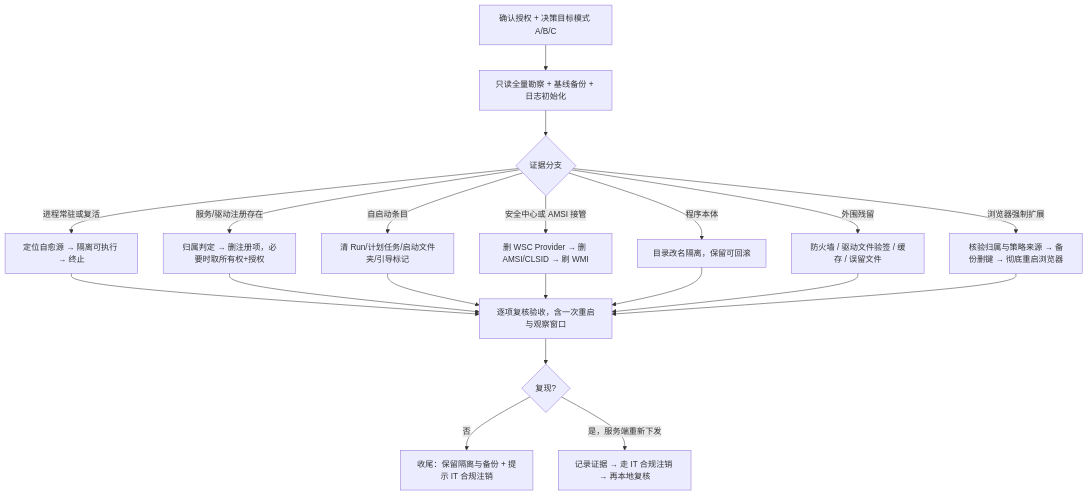
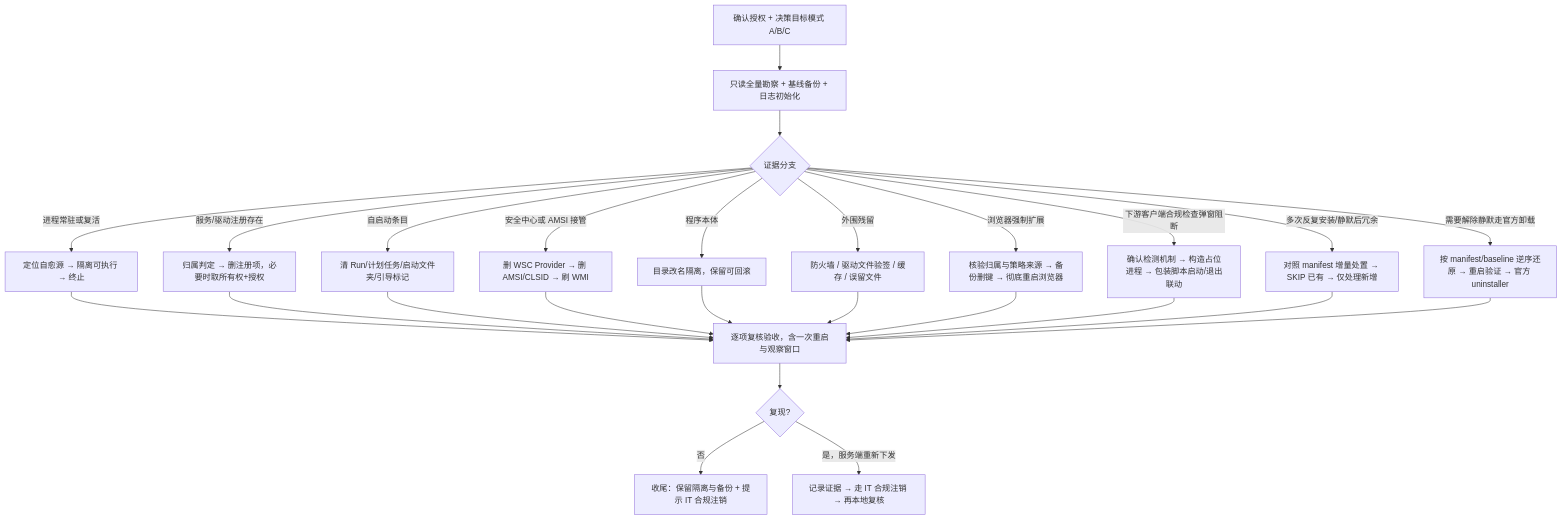
The diagram in yunmai-disable/SKILL.md (ZackAstra/CommonSkills), drawn with Mermaid before and after one commit. The commit also changed other lines of this file and 1 other file, not shown here.

````diff
--- a/yunmai-disable/SKILL.md
+++ b/yunmai-disable/SKILL.md
@@ -171,16 +239,19 @@
 ```mermaid
 flowchart TD
   A[确认授权 + 决策目标模式 A/B/C] --> B[只读全量勘察 + 基线备份 + 日志初始化]
   B --> C{证据分支}
   C -->|进程常驻或复活| C1[定位自愈源 → 隔离可执行 → 终止]
   C -->|服务/驱动注册存在| C2[归属判定 → 删注册项，必要时取所有权+授权]
   C -->|自启动条目| C3[清 Run/计划任务/启动文件夹/引导标记]
   C -->|安全中心或 AMSI 接管| C4[删 WSC Provider → 删 AMSI/CLSID → 刷 WMI]
   C -->|程序本体| C5[目录改名隔离，保留可回滚]
   C -->|外围残留| C6[防火墙 / 驱动文件验签 / 缓存 / 误留文件]
   C -->|浏览器强制扩展| C7[核验归属与策略来源 → 备份删键 → 彻底重启浏览器]
-  C1 & C2 & C3 & C4 & C5 & C6 & C7 --> D[逐项复核验收，含一次重启与观察窗口]
+  C -->|下游客户端合规检查弹窗阻断| C8[确认检测机制 → 构造占位进程 → 包装脚本启动/退出联动]
+  C -->|多次反复安装/静默后冗余| C9[对照 manifest 增量处置 → SKIP 已有 → 仅处理新增]
+  C -->|需要解除静默走官方卸载| C10[按 manifest/baseline 逆序还原 → 重启验证 → 官方 uninstaller]
+  C1 & C2 & C3 & C4 & C5 & C6 & C7 & C8 & C9 & C10 --> D[逐项复核验收，含一次重启与观察窗口]
   D --> E{复现?}
   E -->|否| F[收尾：保留隔离与备份 + 提示 IT 合规注销]
   E -->|是，服务端重新下发| G[记录证据 → 走 IT 合规注销 → 再本地复核]
 ```
````
